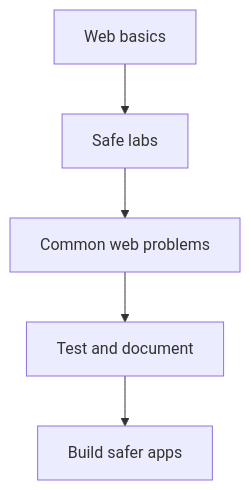
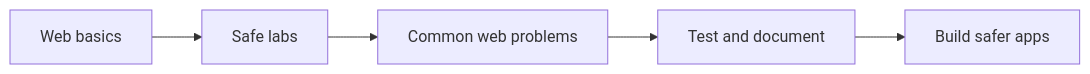
One commit to WiOSc/roadmaps-and-resources changed the diagram in roadmaps/web-security/README.md. Above: the diagram before and after it, drawn with Mermaid.

Commit message:
graph updated

````diff
--- a/roadmaps/web-security/README.md
+++ b/roadmaps/web-security/README.md
@@ -26,7 +26,7 @@
 ```mermaid
-graph TD;
+graph LR;
     A[Web basics] --> B[Safe labs];
     B --> C[Common web problems];
     C --> D[Test and document];
     D --> E[Build safer apps];
 ```
````
